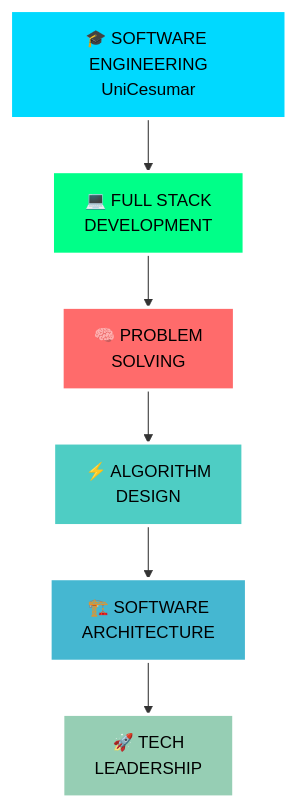
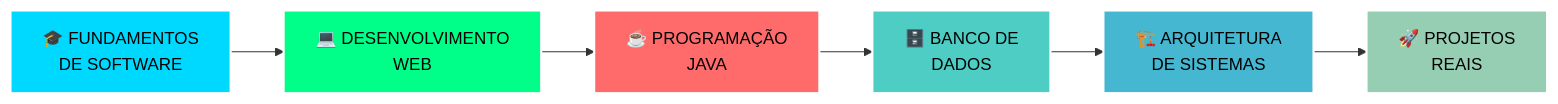
Before and after one commit to kauankelvin7/kauankelvin7: the diagram in README.md, drawn with Mermaid. The commit also changed other lines of this file, not shown here.

````diff
--- a/README.md
+++ b/README.md
@@ -223,15 +210,15 @@
 ```mermaid
-graph TB
-    A["🎓 SOFTWARE ENGINEERING<br/>UniCesumar"] --> B["💻 FULL STACK<br/>DEVELOPMENT"]
-    B --> C["🧠 PROBLEM<br/>SOLVING"]
-    C --> D["⚡ ALGORITHM<br/>DESIGN"]
-    D --> E["🏗️ SOFTWARE<br/>ARCHITECTURE"]
-    E --> F["🚀 TECH<br/>LEADERSHIP"]
+graph LR
+    A["🎓 FUNDAMENTOS<br/>DE SOFTWARE"] --> B["💻 DESENVOLVIMENTO<br/>WEB"]
+    B --> C["☕ PROGRAMAÇÃO<br/>JAVA"]
+    C --> D["🗄️ BANCO DE<br/>DADOS"]
+    D --> E["🏗️ ARQUITETURA<br/>DE SISTEMAS"]
+    E --> F["🚀 PROJETOS<br/>REAIS"]
     
-    style A fill:#00D9FF,stroke:#FFFFFF,stroke-width:3px,color:#000000
-    style B fill:#00FF88,stroke:#FFFFFF,stroke-width:3px,color:#000000
-    style C fill:#FF6B6B,stroke:#FFFFFF,stroke-width:3px,color:#000000
-    style D fill:#4ECDC4,stroke:#FFFFFF,stroke-width:3px,color:#000000
-    style E fill:#45B7D1,stroke:#FFFFFF,stroke-width:3px,color:#000000
-    style F fill:#96CEB4,stroke:#FFFFFF,stroke-width:3px,color:#000000
+    style A fill:#00D9FF,stroke:#FFFFFF,stroke-width:2px,color:#000000
+    style B fill:#00FF88,stroke:#FFFFFF,stroke-width:2px,color:#000000
+    style C fill:#FF6B6B,stroke:#FFFFFF,stroke-width:2px,color:#000000
+    style D fill:#4ECDC4,stroke:#FFFFFF,stroke-width:2px,color:#000000
+    style E fill:#45B7D1,stroke:#FFFFFF,stroke-width:2px,color:#000000
+    style F fill:#96CEB4,stroke:#FFFFFF,stroke-width:2px,color:#000000
 ```
````
